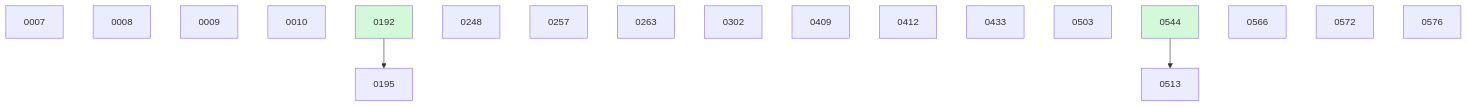
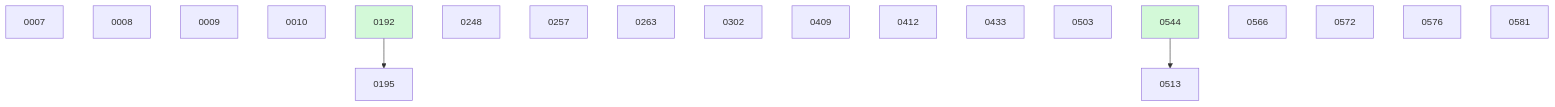
One commit to danielhanold/docket changed the diagram in docs/changes/BOARD.md. Above: the diagram before and after it, drawn with Mermaid. The commit also changed other lines of this file and 1 other file, not shown here.

````diff
--- a/docs/changes/BOARD.md
+++ b/docs/changes/BOARD.md
@@ -32,23 +33,24 @@
 ```mermaid
 graph TD
   0007
   0008
   0009
   0010
   0192 --> 0195
   0248
   0257
   0263
   0302
   0409
   0412
   0433
   0503
   0544 --> 0513
   0566
   0572
   0576
+  0581
   0192:::done
   0544:::done
   classDef done fill:#d3f9d8;
 ```
````
